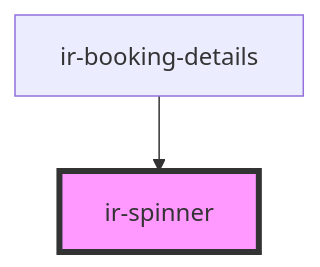
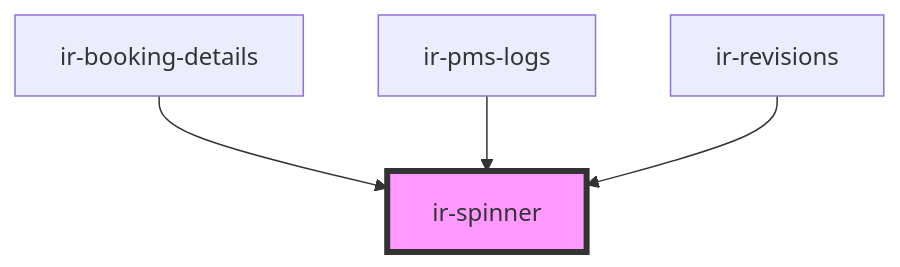
Before and after one commit to David1Chowaifaty/modified-ir-webcmp: the diagram in src/components/ui/ir-spinner/readme.md, drawn with Mermaid. The commit also changed other lines of this file and 19 other files, not shown here.

````diff
--- a/src/components/ui/ir-spinner/readme.md
+++ b/src/components/ui/ir-spinner/readme.md
@@ -25,5 +27,7 @@
 ```mermaid
 graph TD;
   ir-booking-details --> ir-spinner
+  ir-pms-logs --> ir-spinner
+  ir-revisions --> ir-spinner
   style ir-spinner fill:#f9f,stroke:#333,stroke-width:4px
 ```
````
